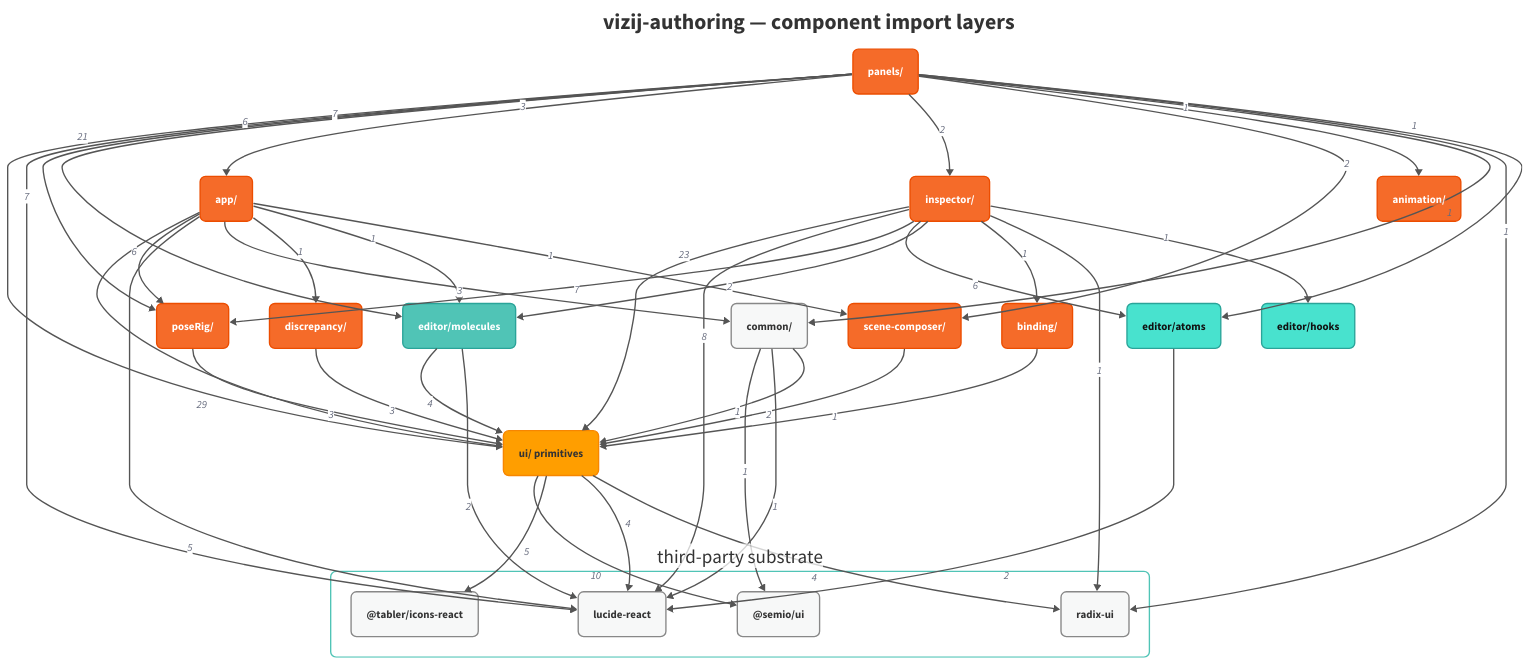
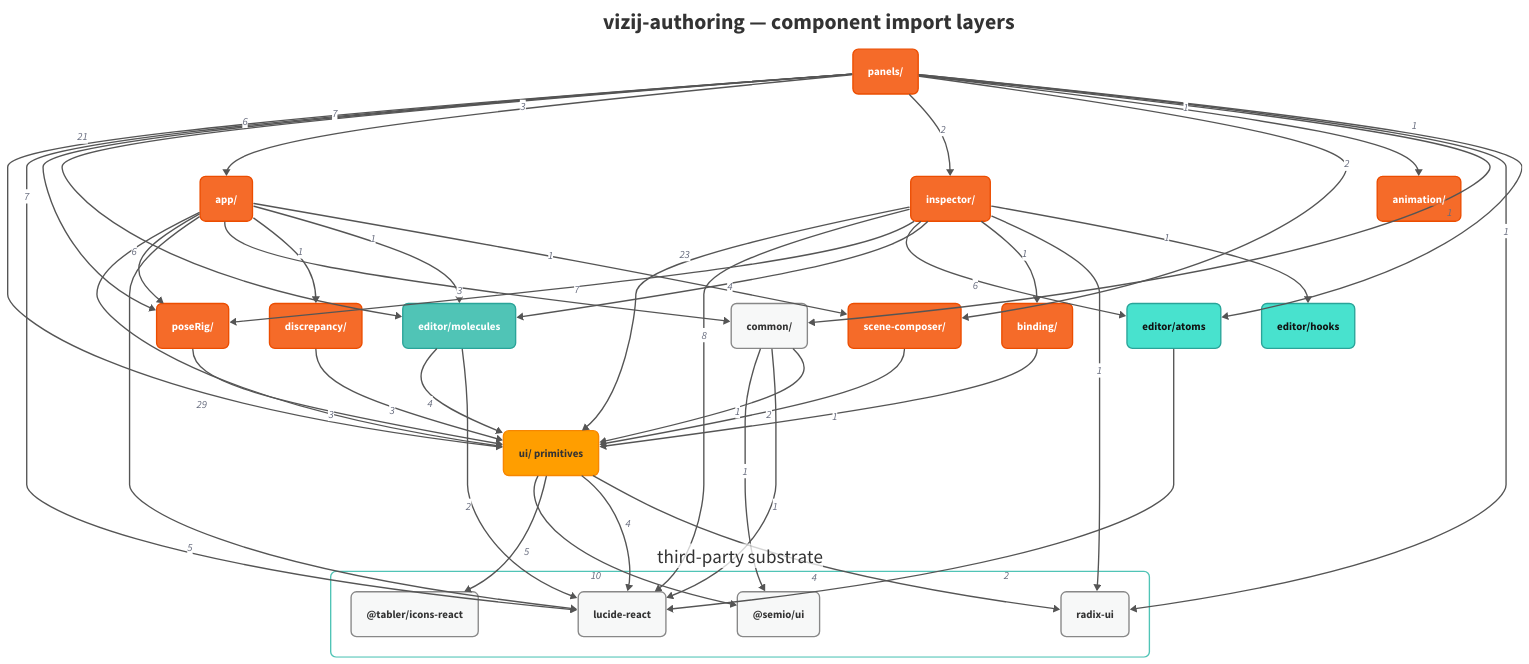
The diagram in apps/vizij-authoring/docs/references/component-graph-layers.d2 (vizij-ai/vizij-web), drawn with D2 before and after one commit. The commit also changed 9 other files, not shown here.

```diff
--- a/apps/vizij-authoring/docs/references/component-graph-layers.d2
+++ b/apps/vizij-authoring/docs/references/component-graph-layers.d2
@@ -1,79 +1,79 @@
 # GENERATED — do not edit by hand.
 # Regenerate: node scripts/component-graph.mjs layers > docs/references/component-graph-layers.d2
 # Render:     d2 --font-regular <Questrial-Regular.ttf> <in>.d2 <out>.svg
 
 vars: { d2-config: { theme-id: 0; pad: 24; sketch: false; layout-engine: dagre } }
 
 classes: {
   primary:   { style: { fill: "#50C4B6"; stroke: "#2AA499"; font-color: "#FFFFFF"; border-radius: 8; stroke-width: 2 } }
   secondary: { style: { fill: "#F56B29"; stroke: "#EC4D00"; font-color: "#FFFFFF"; border-radius: 8; stroke-width: 2 } }
   highlight: { style: { fill: "#FF9E00"; stroke: "#F78600"; font-color: "#333333"; border-radius: 8; stroke-width: 2 } }
   neutral:   { style: { fill: "#F7F8F8"; stroke: "#888888"; font-color: "#333333"; border-radius: 8; stroke-width: 2 } }
   emphasis:  { style: { fill: "#48E2CE"; stroke: "#2AA499"; font-color: "#111111"; border-radius: 8; stroke-width: 2 } }
   group:     { style: { fill: "#FFFFFF"; stroke: "#50C4B6"; font-color: "#333333"; border-radius: 8; stroke-width: 2 } }
 }
 
 title: "vizij-authoring — component import layers" { near: top-center; shape: text; style: { font-size: 32; bold: true; font-color: "#333333" } }
 
 external_g: "third-party substrate" {
   class: group
   lucide: "lucide-react" { class: neutral }
   semio_ui: "@semio/ui" { class: neutral }
   radix_ui: "radix-ui" { class: neutral }
   tabler: "@tabler/icons-react" { class: neutral }
 }
 
 animation: "animation/" { class: secondary }
 app: "app/" { class: secondary }
 ui: "ui/ primitives" { class: highlight }
 discrepancy: "discrepancy/" { class: secondary }
 poseRig: "poseRig/" { class: secondary }
 common: "common/" { class: neutral }
 editor_molecules: "editor/molecules" { class: primary }
 scene_composer: "scene-composer/" { class: secondary }
 binding: "binding/" { class: secondary }
 editor_atoms: "editor/atoms" { class: emphasis }
 editor_hooks: "editor/hooks" { class: emphasis }
 inspector: "inspector/" { class: secondary }
 panels: "panels/" { class: secondary }
 
 app -> ui: "29" { style: { stroke: "#555555"; stroke-width: 2 } }
 inspector -> ui: "23" { style: { stroke: "#555555"; stroke-width: 2 } }
 panels -> ui: "21" { style: { stroke: "#555555"; stroke-width: 2 } }
 ui -> external_g.semio_ui: "10" { style: { stroke: "#555555"; stroke-width: 2 } }
 inspector -> external_g.lucide: "8" { style: { stroke: "#555555"; stroke-width: 2 } }
 inspector -> poseRig: "7" { style: { stroke: "#555555"; stroke-width: 2 } }
 panels -> external_g.lucide: "7" { style: { stroke: "#555555"; stroke-width: 2 } }
 panels -> poseRig: "7" { style: { stroke: "#555555"; stroke-width: 2 } }
 app -> poseRig: "6" { style: { stroke: "#555555"; stroke-width: 2 } }
 inspector -> editor_atoms: "6" { style: { stroke: "#555555"; stroke-width: 2 } }
 panels -> editor_molecules: "6" { style: { stroke: "#555555"; stroke-width: 2 } }
 app -> external_g.lucide: "5" { style: { stroke: "#555555"; stroke-width: 2 } }
 ui -> external_g.tabler: "5" { style: { stroke: "#555555"; stroke-width: 2 } }
 editor_molecules -> ui: "4" { style: { stroke: "#555555"; stroke-width: 2 } }
+inspector -> editor_molecules: "4" { style: { stroke: "#555555"; stroke-width: 2 } }
 ui -> external_g.lucide: "4" { style: { stroke: "#555555"; stroke-width: 2 } }
 ui -> external_g.radix_ui: "4" { style: { stroke: "#555555"; stroke-width: 2 } }
 app -> common: "3" { style: { stroke: "#555555"; stroke-width: 2 } }
 discrepancy -> ui: "3" { style: { stroke: "#555555"; stroke-width: 2 } }
 panels -> app: "3" { style: { stroke: "#555555"; stroke-width: 2 } }
 poseRig -> ui: "3" { style: { stroke: "#555555"; stroke-width: 2 } }
 editor_atoms -> external_g.lucide: "2" { style: { stroke: "#555555"; stroke-width: 2 } }
 editor_molecules -> external_g.lucide: "2" { style: { stroke: "#555555"; stroke-width: 2 } }
-inspector -> editor_molecules: "2" { style: { stroke: "#555555"; stroke-width: 2 } }
 panels -> inspector: "2" { style: { stroke: "#555555"; stroke-width: 2 } }
 panels -> scene_composer: "2" { style: { stroke: "#555555"; stroke-width: 2 } }
 scene_composer -> ui: "2" { style: { stroke: "#555555"; stroke-width: 2 } }
 app -> discrepancy: "1" { style: { stroke: "#555555"; stroke-width: 2 } }
 app -> editor_molecules: "1" { style: { stroke: "#555555"; stroke-width: 2 } }
 app -> scene_composer: "1" { style: { stroke: "#555555"; stroke-width: 2 } }
 binding -> ui: "1" { style: { stroke: "#555555"; stroke-width: 2 } }
 common -> external_g.semio_ui: "1" { style: { stroke: "#555555"; stroke-width: 2 } }
 common -> external_g.lucide: "1" { style: { stroke: "#555555"; stroke-width: 2 } }
 common -> ui: "1" { style: { stroke: "#555555"; stroke-width: 2 } }
 inspector -> binding: "1" { style: { stroke: "#555555"; stroke-width: 2 } }
 inspector -> external_g.radix_ui: "1" { style: { stroke: "#555555"; stroke-width: 2 } }
 inspector -> editor_hooks: "1" { style: { stroke: "#555555"; stroke-width: 2 } }
 panels -> animation: "1" { style: { stroke: "#555555"; stroke-width: 2 } }
 panels -> common: "1" { style: { stroke: "#555555"; stroke-width: 2 } }
 panels -> external_g.radix_ui: "1" { style: { stroke: "#555555"; stroke-width: 2 } }
 panels -> editor_atoms: "1" { style: { stroke: "#555555"; stroke-width: 2 } }
```
